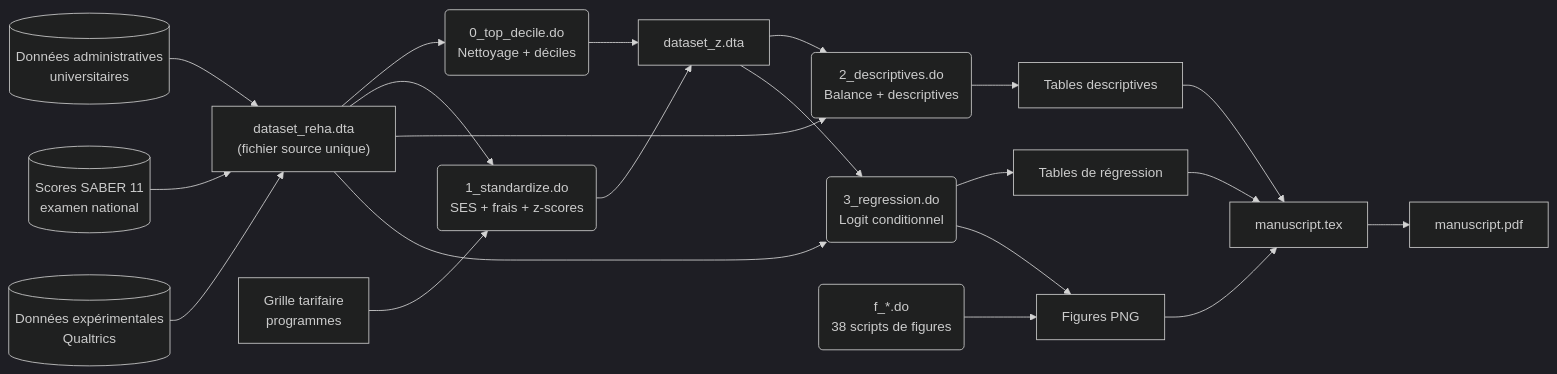
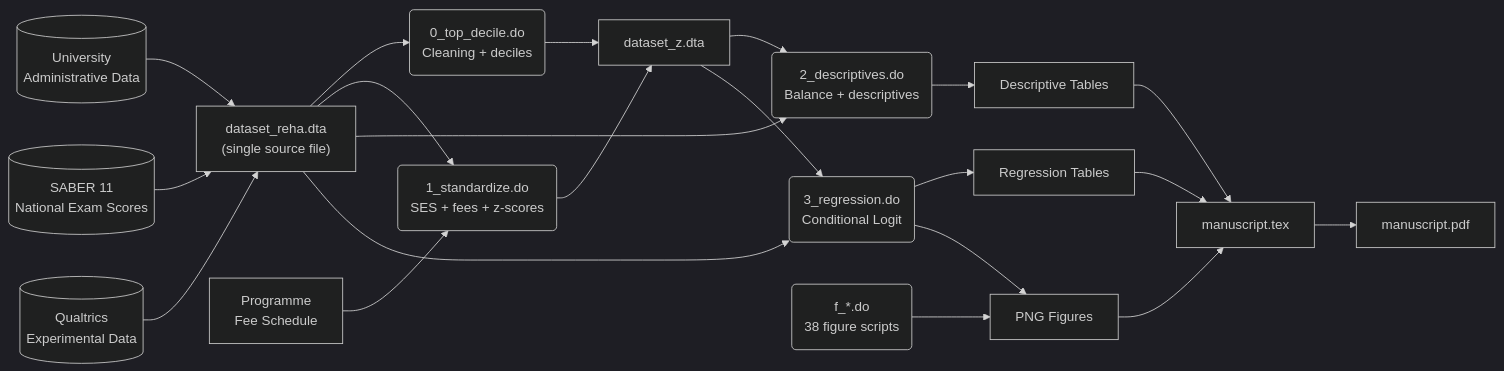
One commit to reha96/icfes-referrals-clean changed the diagram in demonstration_gestion_donnees.md. Above: the diagram before and after it, drawn with Mermaid (dark theme). The commit also changed other lines of this file, not shown here.

````diff
--- a/demonstration_gestion_donnees.md
+++ b/demonstration_gestion_donnees.md
@@ -122,32 +122,32 @@
 ```mermaid
 graph LR
-    A[(Données administratives<br/>universitaires)] --> D
-    B[(Scores SABER 11<br/>examen national)] --> D
-    C[(Données expérimentales<br/>Qualtrics)] --> D
-    G[Grille tarifaire<br/>programmes] --> S1
+    A[(University<br/>Administrative Data)] --> D
+    B[(SABER 11<br/>National Exam Scores)] --> D
+    C[(Qualtrics<br/>Experimental Data)] --> D
+    G[Programme<br/>Fee Schedule] --> S1
 
-    D["dataset_reha.dta<br/>(fichier source unique)"] --> S0
+    D["dataset_reha.dta<br/>(single source file)"] --> S0
     D --> S1
     D --> S2
     D --> S3
 
-    S0("0_top_decile.do<br/>Nettoyage + déciles") --> Z["dataset_z.dta"]
+    S0("0_top_decile.do<br/>Cleaning + deciles") --> Z["dataset_z.dta"]
     
-    S1("1_standardize.do<br/>SES + frais + z-scores") --> Z
+    S1("1_standardize.do<br/>SES + fees + z-scores") --> Z
 
     Z --> S2
     Z --> S3
 
-    S2("2_descriptives.do<br/>Balance + descriptives") --> T2[Tables descriptives]
+    S2("2_descriptives.do<br/>Balance + descriptives") --> T2[Descriptive Tables]
     
-    S3("3_regression.do<br/>Logit conditionnel") --> T3[Tables de régression]
-    S3 --> F[Figures PNG]
+    S3("3_regression.do<br/>Conditional Logit") --> T3[Regression Tables]
+    S3 --> F[PNG Figures]
     
-    S4("f_*.do<br/>38 scripts de figures") --> F
+    S4("f_*.do<br/>38 figure scripts") --> F
 
     F --> M["manuscript.tex"]
     T2 --> M
     T3 --> M
 
     M --> PDF["manuscript.pdf"]
 ```
````
